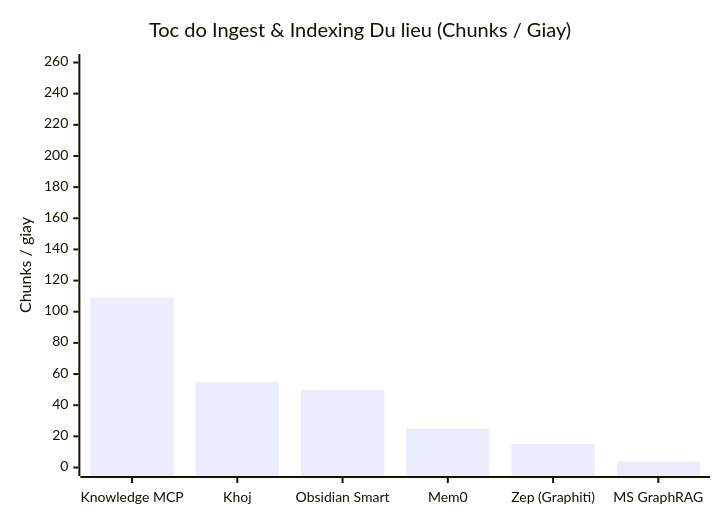
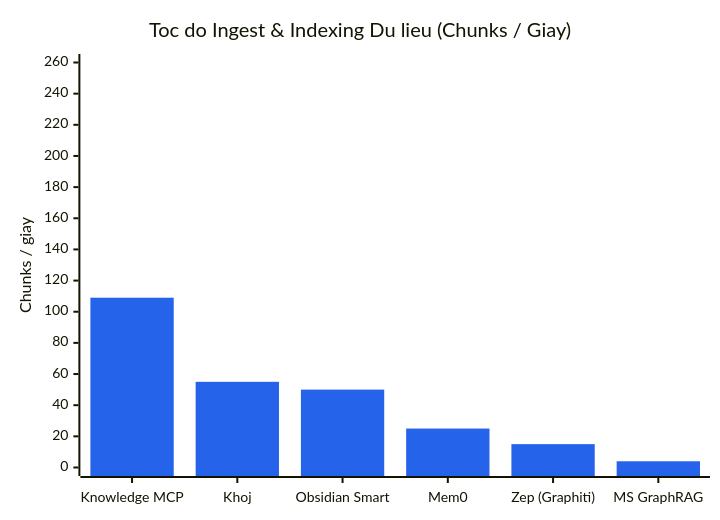
Before and after one commit to congtuuit/knowledge-mcp: the second of 5 diagrams in BENCHMARK_REPORT.md, drawn with Mermaid. The commit also changed other lines of this file and 1 other file, not shown here.

````diff
--- a/BENCHMARK_REPORT.md
+++ b/BENCHMARK_REPORT.md
@@ -53,7 +53,8 @@
 ```mermaid
+%%{init: { "themeVariables": { "xyChart": { "plotColorPalette": "#2563eb" } } } }%%
 xychart-beta
     title "Toc do Ingest & Indexing Du lieu (Chunks / Giay)"
     x-axis ["Knowledge MCP", "Khoj", "Obsidian Smart", "Mem0", "Zep (Graphiti)", "MS GraphRAG"]
     y-axis "Chunks / giay" 0 --> 260
     bar [109, 55, 50, 25, 15, 4]
 ```
````
